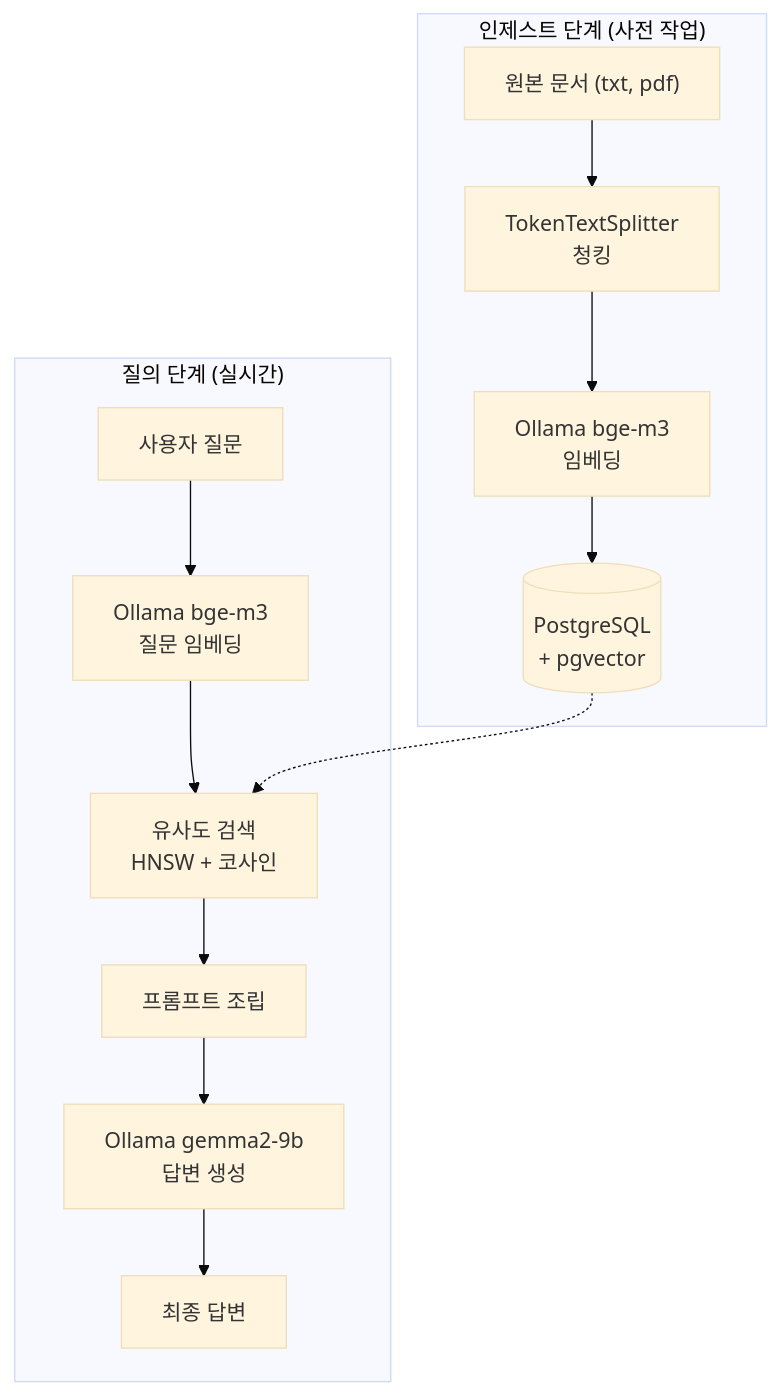
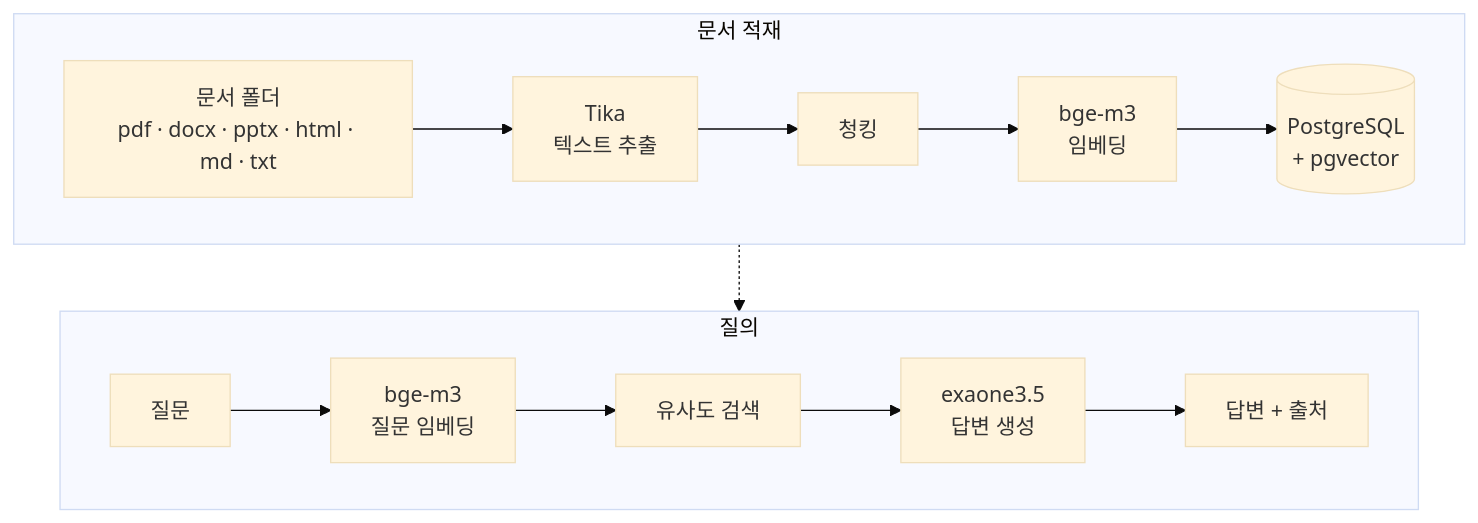
One commit to dongkeun99/Rag-Project changed the diagram in README.md. Above: the diagram before and after it, drawn with Mermaid (base theme). The commit also changed other lines of this file and 2 other files, not shown here.

````diff
--- a/README.md
+++ b/README.md
@@ -56,18 +60,20 @@
 ```mermaid
 flowchart TB
-    subgraph ingest["인제스트 단계 (사전 작업)"]
-        A["원본 문서 (txt, pdf)"] --> B["TokenTextSplitter<br/>청킹"]
-        B --> C["Ollama bge-m3<br/>임베딩"]
-        C --> D[("PostgreSQL<br/>+ pgvector")]
+    subgraph ingest["문서 적재"]
+        direction LR
+        A["문서 폴더<br/>pdf · docx · pptx · html · md · txt"] --> B["Tika<br/>텍스트 추출"]
+        B --> C["청킹"]
+        C --> D["bge-m3<br/>임베딩"]
+        D --> E[("PostgreSQL<br/>+ pgvector")]
     end
 
-    subgraph query["질의 단계 (실시간)"]
-        E["사용자 질문"] --> F["Ollama bge-m3<br/>질문 임베딩"]
-        F --> G["유사도 검색<br/>HNSW + 코사인"]
-        G --> H["프롬프트 조립"]
-        H --> I["Ollama gemma2-9b<br/>답변 생성"]
-        I --> J["최종 답변"]
+    subgraph ask["질의"]
+        direction LR
+        Q["질문"] --> F["bge-m3<br/>질문 임베딩"]
+        F --> G["유사도 검색"]
+        G --> H["exaone3.5<br/>답변 생성"]
+        H --> R["답변 + 출처"]
     end
 
-    D -.-> G
+    E -.-> G
 ```
````
